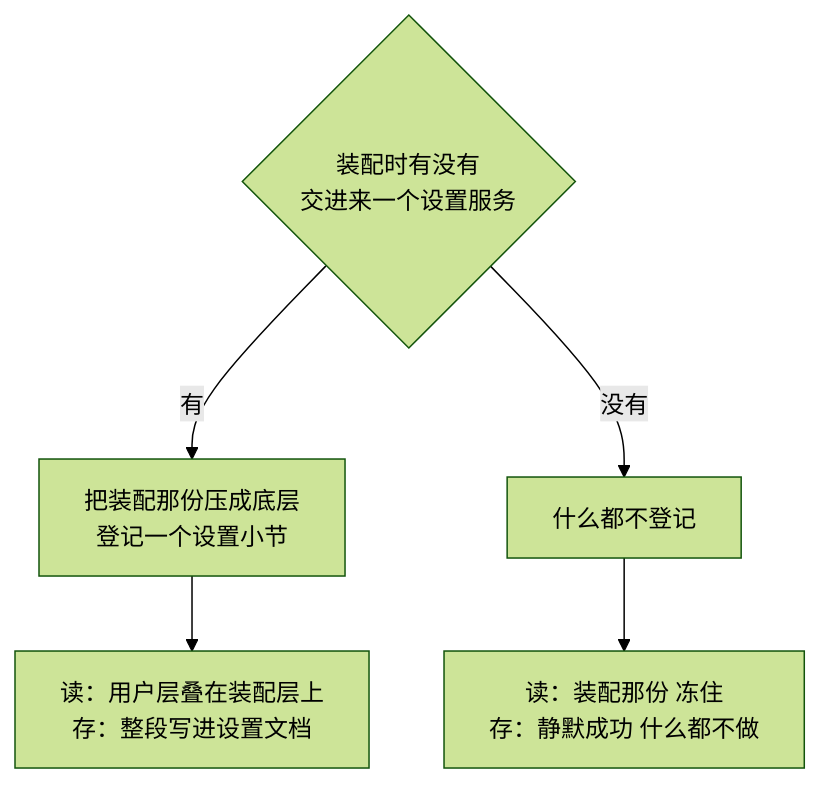
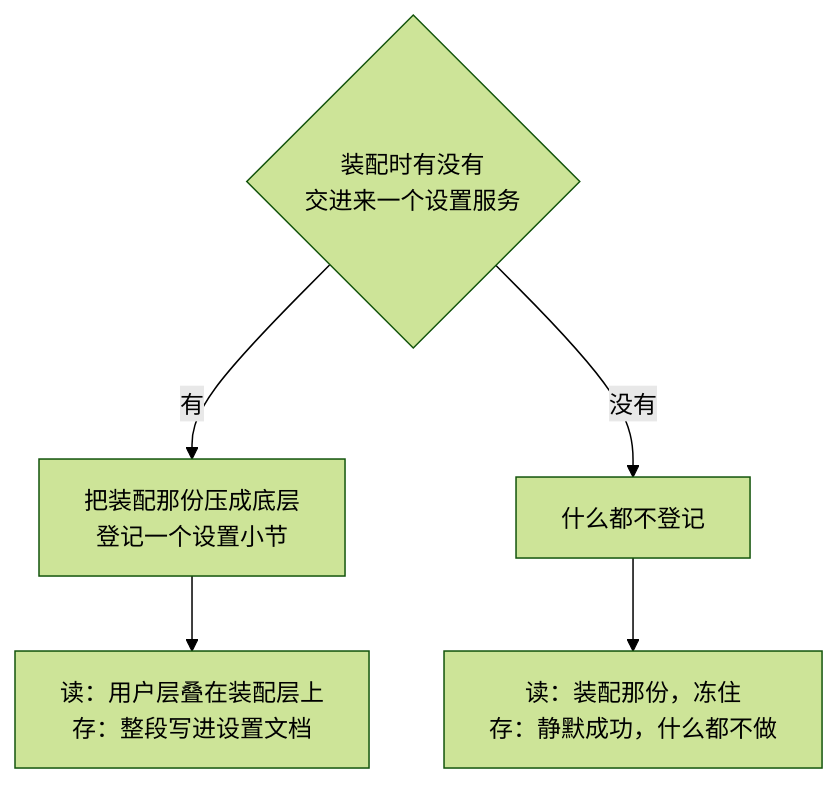
One commit to snight1983/ds-harness-go changed diagram 13 of 46 in docs/modules/agentdefaultmodel.md. Above: the diagram before and after it, drawn with Mermaid (forest theme). The commit also changed other lines of this file and 43 other files, not shown here.

Commit message:
docs: 图解架构与模块设计

````diff
--- a/docs/modules/agentdefaultmodel.md
+++ b/docs/modules/agentdefaultmodel.md
@@ -65,8 +123,8 @@
 ```mermaid
 flowchart TD
     Q{"装配时有没有<br/>交进来一个设置服务"}
     Q -->|有| Y1["把装配那份压成底层<br/>登记一个设置小节"]
     Q -->|没有| N1["什么都不登记"]
     Y1 --> Y2["读：用户层叠在装配层上<br/>存：整段写进设置文档"]
-    N1 --> N2["读：装配那份 冻住<br/>存：静默成功 什么都不做"]
+    N1 --> N2["读：装配那份，冻住<br/>存：静默成功，什么都不做"]
 ```
````
